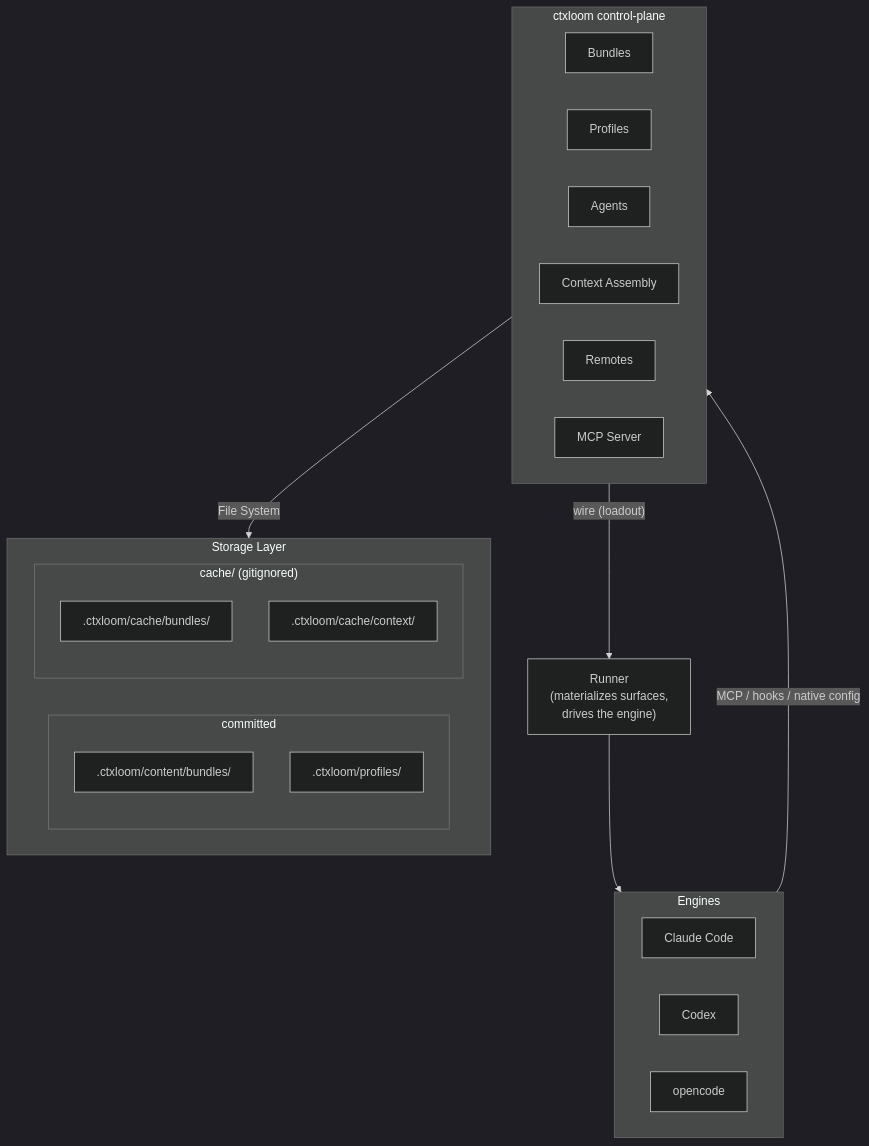
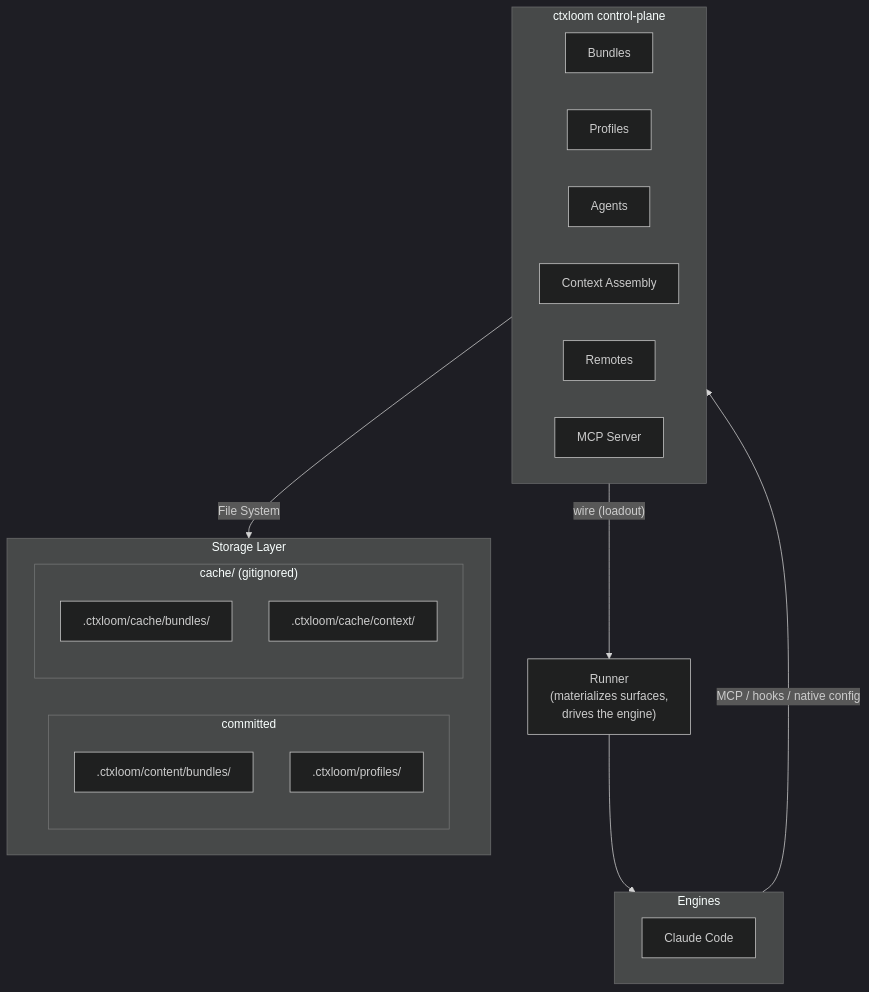
One commit to ctxloom/ctxloom changed the fifth of 5 diagrams in website/src/content/docs/concepts/architecture.md. Above: the diagram before and after it, drawn with Mermaid (dark theme). The commit also changed other lines of this file and 16 other files, not shown here.

First line of the commit message:
docs(website): stop presenting codex, opencode and antigravity as engines

````diff
--- a/website/src/content/docs/concepts/architecture.md
+++ b/website/src/content/docs/concepts/architecture.md
@@ -444,40 +422,38 @@
 ```mermaid
 flowchart TB
     subgraph Engines["Engines"]
         direction LR
         claude["Claude Code"]
-        codex["Codex"]
-        opencode["opencode"]
     end
 
     Engines -->|"MCP / hooks / native config"| Core
 
     subgraph Core["ctxloom control-plane"]
         direction LR
         bundles["Bundles"]
         profiles["Profiles"]
         agents["Agents"]
         assembly["Context Assembly"]
         remotes["Remotes"]
         mcp["MCP Server"]
     end
 
     Core -->|"wire (loadout)"| Runner["Runner<br/>(materializes surfaces,<br/>drives the engine)"]
     Runner --> Engines
 
     Core -->|"File System"| Storage
 
     subgraph Storage["Storage Layer"]
         direction LR
         subgraph StorageCommitted["committed"]
             direction TB
             sbundles[".ctxloom/content/bundles/"]
             sprofiles[".ctxloom/profiles/"]
         end
         subgraph StorageCache["cache/ (gitignored)"]
             direction TB
             scachebundles[".ctxloom/cache/bundles/"]
             scontext[".ctxloom/cache/context/"]
         end
     end
 ```
````
